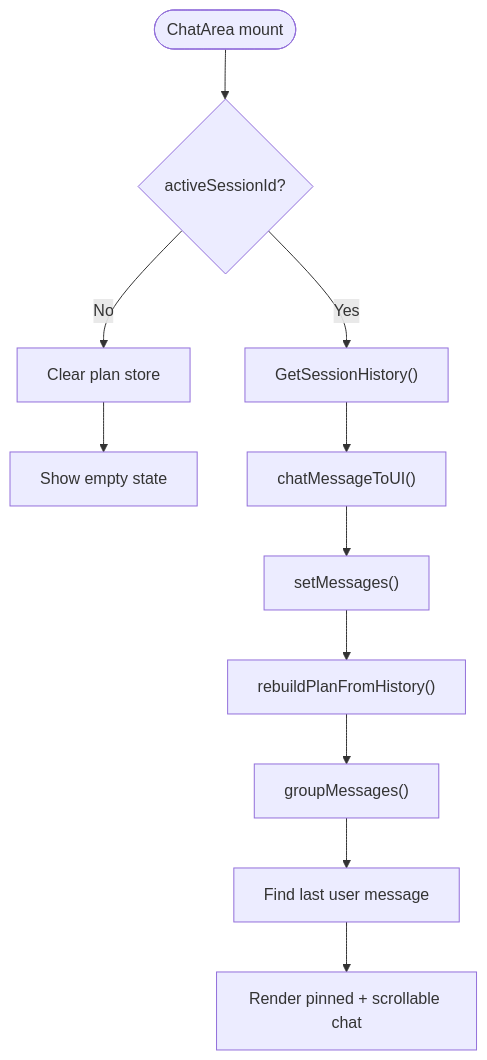
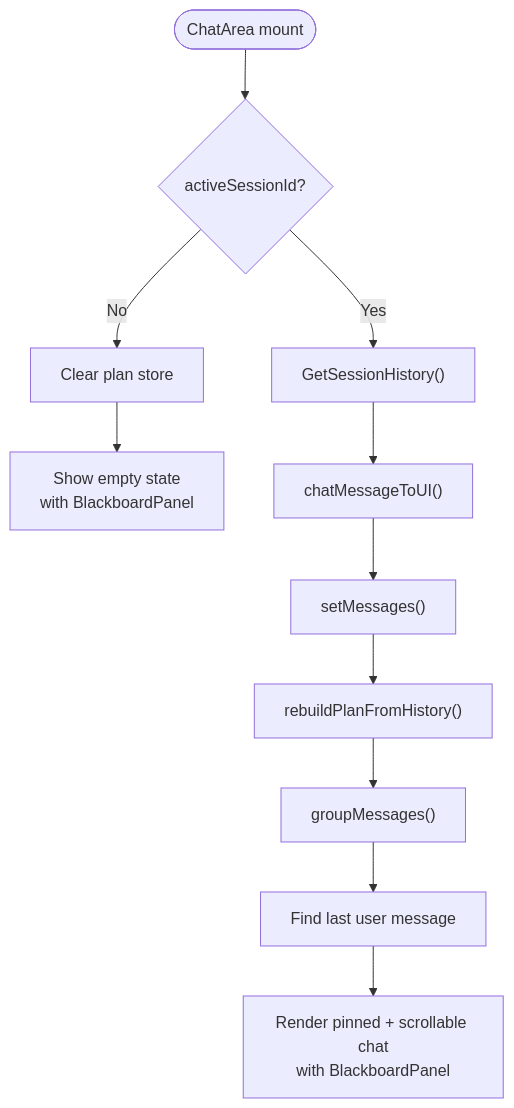
One commit to v0lka/c0wrk changed the ninth of 16 diagrams in .qoder/repowiki/en/content/Frontend Application/UI Components/Chat Interface Components.md. Above: the diagram before and after it, drawn with Mermaid. The commit also changed other lines of this file and 10 other files, not shown here.

````diff
--- a/.qoder/repowiki/en/content/Frontend Application/UI Components/Chat Interface Components.md
+++ b/.qoder/repowiki/en/content/Frontend Application/UI Components/Chat Interface Components.md
@@ -406,13 +447,13 @@
 ```mermaid
 flowchart TD
 Start(["ChatArea mount"]) --> HasSession{"activeSessionId?"}
 HasSession --> |No| ClearPlan["Clear plan store"]
-ClearPlan --> Empty["Show empty state"]
+ClearPlan --> Empty["Show empty state<br/>with BlackboardPanel"]
 HasSession --> |Yes| LoadHistory["GetSessionHistory()"]
 LoadHistory --> Convert["chatMessageToUI()"]
 Convert --> SetMsgs["setMessages()"]
 SetMsgs --> RebuildPlan["rebuildPlanFromHistory()"]
 RebuildPlan --> Group["groupMessages()"]
 Group --> PinLast["Find last user message"]
-PinLast --> Render["Render pinned + scrollable chat"]
+PinLast --> Render["Render pinned + scrollable chat<br/>with BlackboardPanel"]
 ```
````
